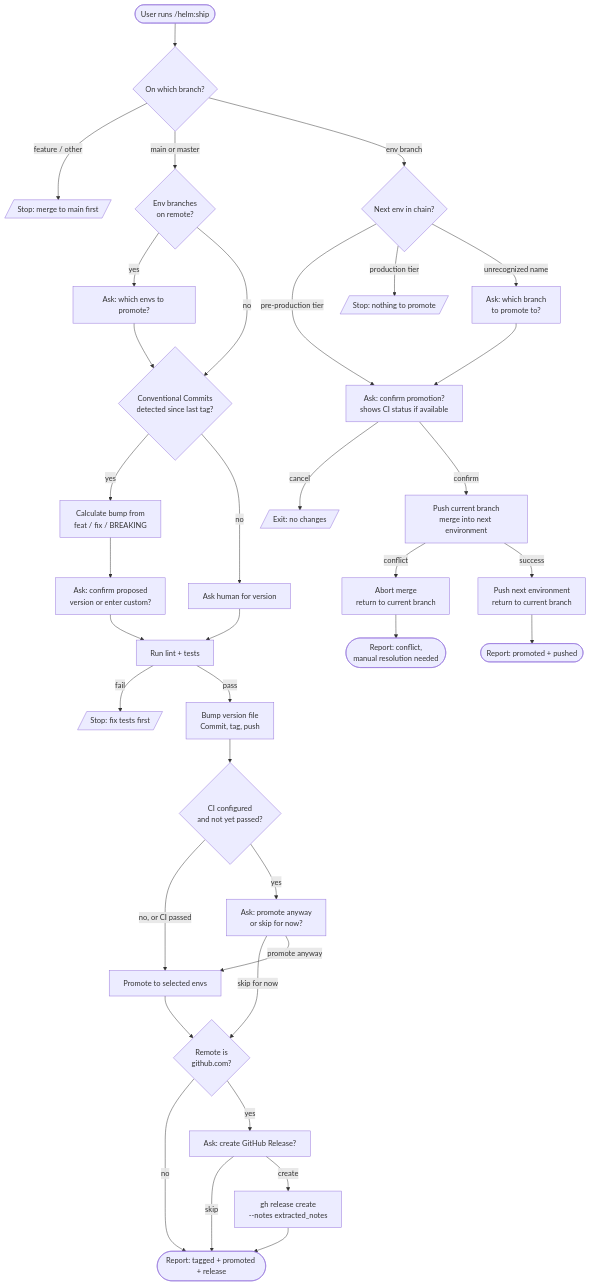
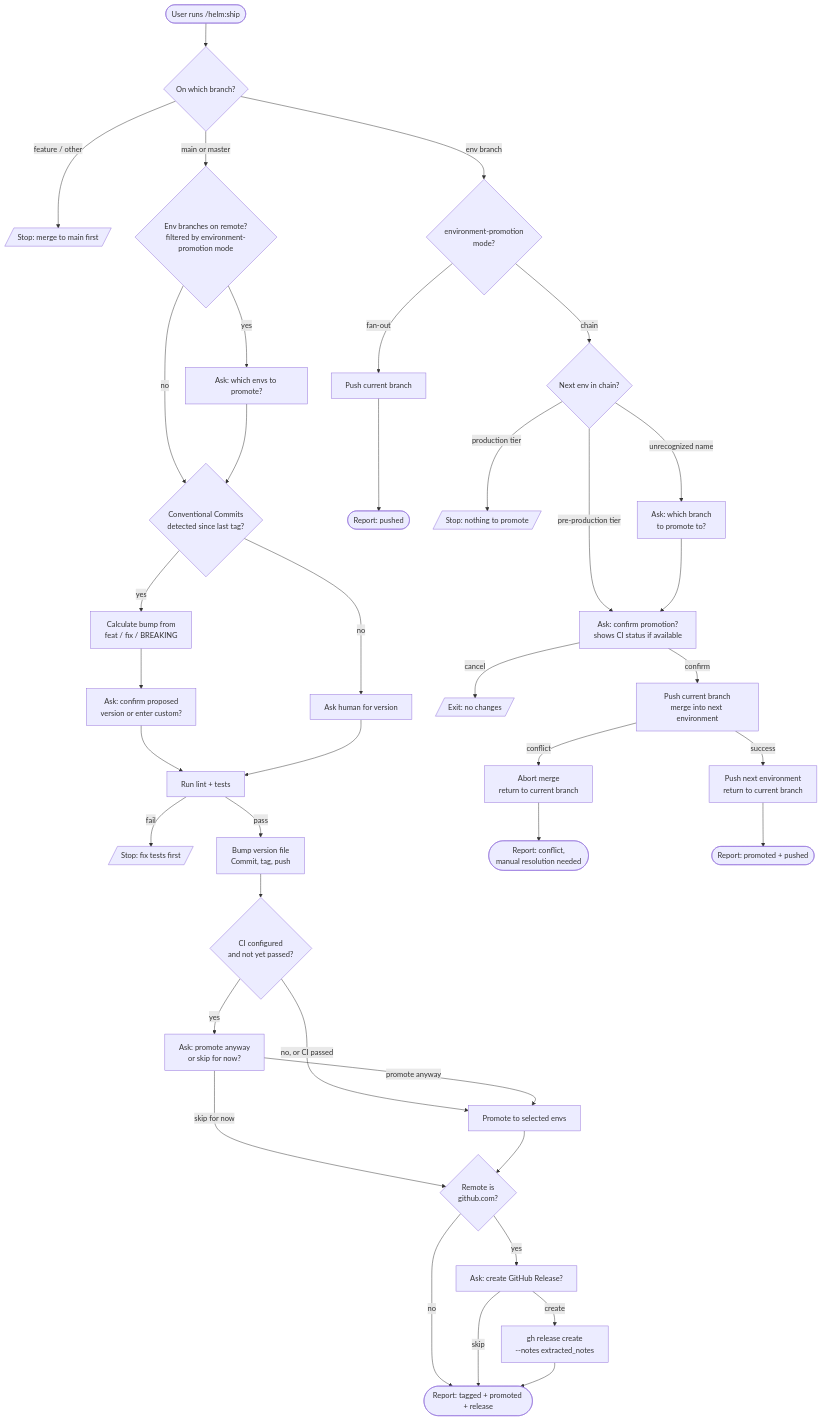
Before and after one commit to myowinthein/agent-helm: the diagram in docs/commands/ship.md, drawn with Mermaid. The commit also changed other lines of this file and 3 other files, not shown here.

````diff
--- a/docs/commands/ship.md
+++ b/docs/commands/ship.md
@@ -13,42 +13,46 @@
 ```mermaid
 flowchart TD
   Start([User runs /helm:ship]) --> Branch{On which branch?}
   Branch -->|feature / other| FeatStop[/Stop: merge to main first/]
-  Branch -->|main or master| Targets{Env branches<br/>on remote?}
-  Branch -->|env branch| EnvNext{Next env in chain?}
+  Branch -->|main or master| Targets{Env branches on remote?<br/>filtered by environment-promotion mode}
+  Branch -->|env branch| EnvMode{environment-promotion<br/>mode?}
 
   Targets -->|yes| Pick[Ask: which envs to promote?]
   Targets -->|no| CC
   Pick --> CC{Conventional Commits<br/>detected since last tag?}
 
   CC -->|yes| Calc[Calculate bump from<br/>feat / fix / BREAKING]
   CC -->|no| AskVersion[Ask human for version]
   Calc --> Confirm[Ask: confirm proposed<br/>version or enter custom?]
   Confirm --> Tests
   AskVersion --> Tests
 
   Tests[Run lint + tests] -->|fail| TestStop[/Stop: fix tests first/]
   Tests -->|pass| Release[Bump version file<br/>Commit, tag, push]
   Release --> CICheck{CI configured<br/>and not yet passed?}
   CICheck -->|no, or CI passed| Promote[Promote to selected envs]
   CICheck -->|yes| CIAsk[Ask: promote anyway<br/>or skip for now?]
   CIAsk -->|skip for now| GHCheck
   CIAsk -->|promote anyway| Promote
   Promote --> GHCheck{Remote is<br/>github.com?}
   GHCheck -->|no| MainDone
   GHCheck -->|yes| GHConfirm[Ask: create GitHub Release?]
   GHConfirm -->|skip| MainDone
   GHConfirm -->|create| GHRelease[gh release create<br/>--notes extracted_notes]
   GHRelease --> MainDone([Report: tagged + promoted + release])
 
+  EnvMode -->|fan-out| EnvPushOnly[Push current branch]
+  EnvPushOnly --> EnvFanDone([Report: pushed])
+
+  EnvMode -->|chain| EnvNext{Next env in chain?}
   EnvNext -->|pre-production tier| EnvConfirm[Ask: confirm promotion?<br/>shows CI status if available]
   EnvNext -->|production tier| EnvStop[/Stop: nothing to promote/]
   EnvNext -->|unrecognized name| EnvAsk[Ask: which branch<br/>to promote to?]
   EnvAsk --> EnvConfirm
   EnvConfirm -->|cancel| EnvCancelExit[/Exit: no changes/]
   EnvConfirm -->|confirm| EnvMerge[Push current branch<br/>merge into next environment]
   EnvMerge -->|conflict| EnvAbort[Abort merge<br/>return to current branch]
   EnvAbort --> EnvConflictDone([Report: conflict,<br/>manual resolution needed])
   EnvMerge -->|success| EnvPush2[Push next environment<br/>return to current branch]
   EnvPush2 --> EnvDone([Report: promoted + pushed])
 ```
````
